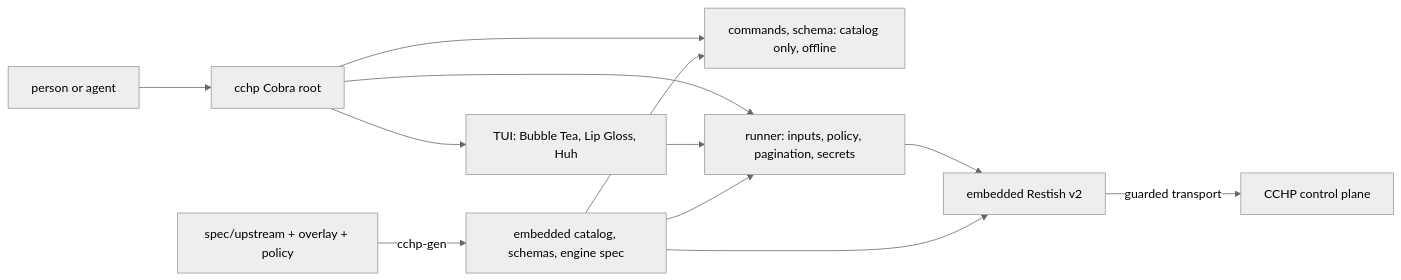
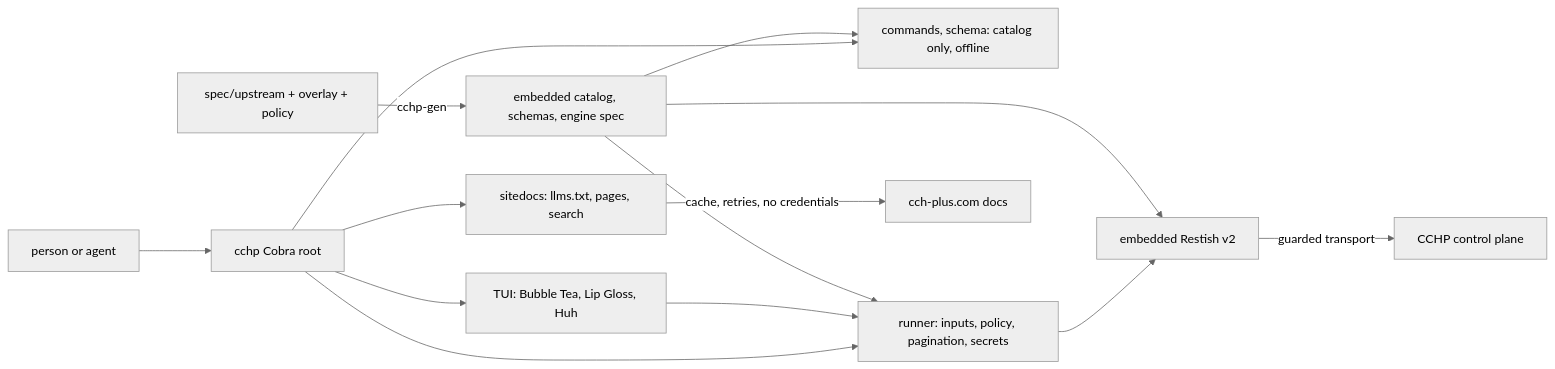
The diagram in docs/architecture.md (CCH-HQ/cchp-cli), drawn with Mermaid (neutral theme) before and after one commit. The commit also changed other lines of this file and 51 other files, not shown here.

````diff
--- a/docs/architecture.md
+++ b/docs/architecture.md
@@ -3,14 +3,16 @@
 ```mermaid
 flowchart LR
   spec[spec/upstream + overlay + policy] -->|cchp-gen| assets[embedded catalog, schemas, engine spec]
   user[person or agent] --> root[cchp Cobra root]
   root --> tui[TUI: Bubble Tea, Lip Gloss, Huh]
   root --> discovery[commands, schema: catalog only, offline]
   root --> runner[runner: inputs, policy, pagination, secrets]
+  root --> sitedocs[sitedocs: llms.txt, pages, search]
   tui --> runner
   runner --> engine[embedded Restish v2]
   engine -->|guarded transport| server[CCHP control plane]
+  sitedocs -->|cache, retries, no credentials| site[cch-plus.com docs]
   assets --> discovery
   assets --> runner
   assets --> engine
 ```
````
